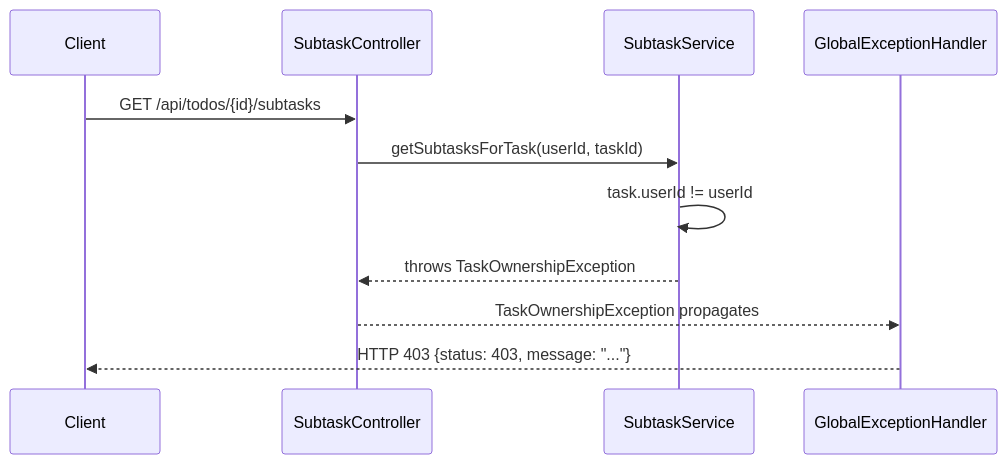
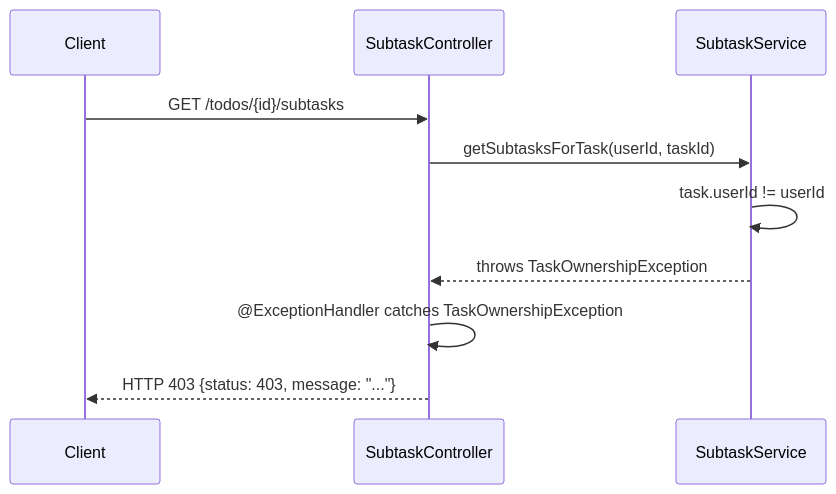
The fourth of 4 diagrams in .kiro/specs/us04-subtask-organization/design.md (JaehoonSong12/PEP-Team02-TheDJs), drawn with Mermaid before and after one commit. The commit also changed other lines of this file and 42 other files, not shown here.

````diff
--- a/.kiro/specs/us04-subtask-organization/design.md
+++ b/.kiro/specs/us04-subtask-organization/design.md
@@ -255,14 +268,13 @@
 ```mermaid
 sequenceDiagram
     participant C as Client
     participant SC as SubtaskController
     participant SS as SubtaskService
-    participant GEH as GlobalExceptionHandler
 
-    C->>SC: GET /api/todos/{id}/subtasks
+    C->>SC: GET /todos/{id}/subtasks
     SC->>SS: getSubtasksForTask(userId, taskId)
     SS->>SS: task.userId != userId
     SS-->>SC: throws TaskOwnershipException
-    SC-->>GEH: TaskOwnershipException propagates
-    GEH-->>C: HTTP 403 {status: 403, message: "..."}
+    SC->>SC: @ExceptionHandler catches TaskOwnershipException
+    SC-->>C: HTTP 403 {status: 403, message: "..."}
 ```
````
